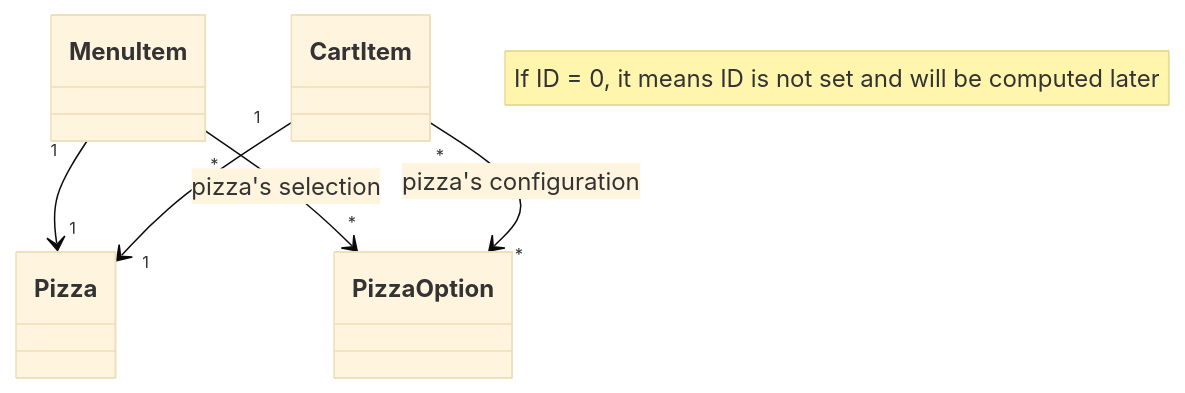
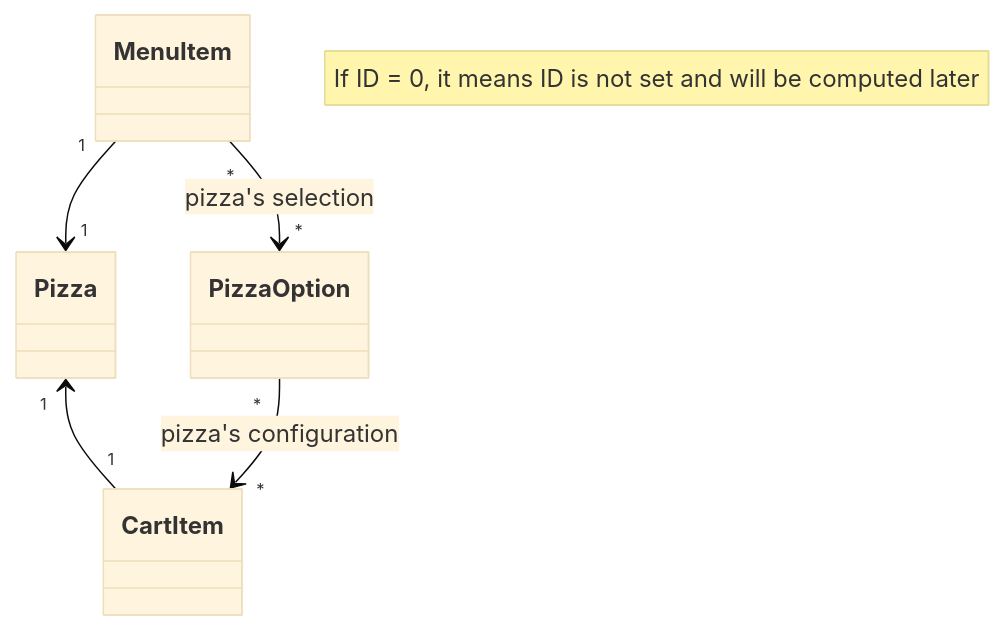
The diagram in README.md (ekral/Utb.PizzaKiosk), drawn with Mermaid (base theme) before and after one commit.

````diff
--- a/README.md
+++ b/README.md
@@ -162,13 +162,13 @@
 ```mermaid
  classDiagram
    note "If ID = 0, it means ID is not set and will be computed later"
    %% direction LR
    class PizzaOption
    class Pizza
    class MenuItem
    class CartItem
    MenuItem "1" --> "1"  Pizza
-   CartItem "1" --> "1"  Pizza
+   Pizza "1" <-- "1"  CartItem
    MenuItem "*" --> "*"  PizzaOption : pizza's selection
-   CartItem "*" --> "*"  PizzaOption : pizza's configuration
+   PizzaOption "*" --> "*" CartItem : pizza's configuration
 ```
````
